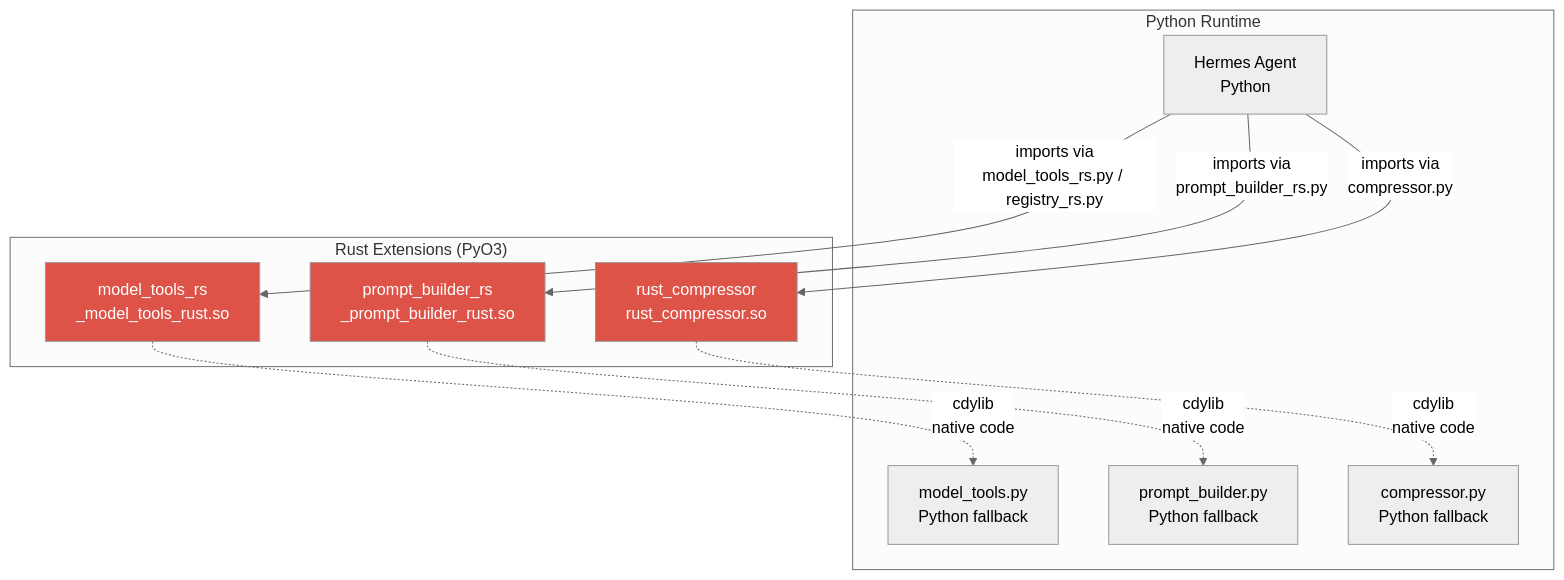
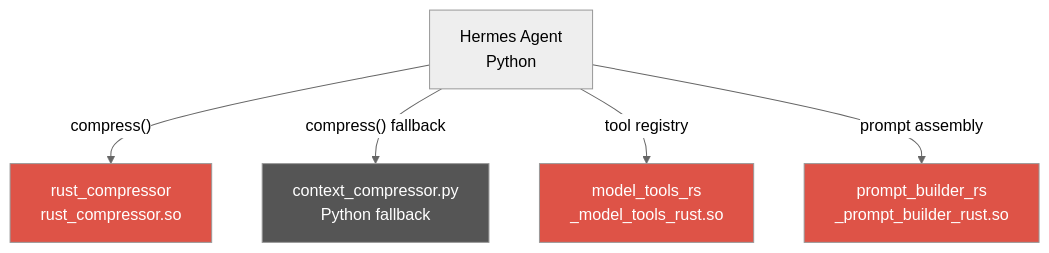
The diagram in README.md (agent-bob-the-builder/hermes-agent-ferris-fork), drawn with Mermaid (neutral theme) before and after one commit. The commit also changed other lines of this file and 4 other files, not shown here.

````diff
--- a/README.md
+++ b/README.md
@@ -39,27 +64,18 @@
 ```mermaid
 graph TD
-    subgraph "Python Runtime"
-        HA[Hermes Agent<br/>Python]
-        MT_PY[model_tools.py<br/>Python fallback]
-        PB_PY[prompt_builder.py<br/>Python fallback]
-        COMP_PY[compressor.py<br/>Python fallback]
-    end
+    HA[Hermes Agent<br/>Python]
+    COMP_PY[context_compressor.py<br/>Python fallback]
+    COMP_RS[rust_compressor<br/>rust_compressor.so]
+    MT_RS[model_tools_rs<br/>_model_tools_rust.so]
+    PB_RS[prompt_builder_rs<br/>_prompt_builder_rust.so]
 
-    subgraph "Rust Extensions (PyO3)"
-        MT_RS[model_tools_rs<br/>_model_tools_rust.so]
-        PB_RS[prompt_builder_rs<br/>_prompt_builder_rust.so]
-        COMP_RS[rust_compressor<br/>rust_compressor.so]
-    end
+    HA -->|"compress()"| COMP_RS
+    HA -->|"compress() fallback"| COMP_PY
+    HA -->|"tool registry"| MT_RS
+    HA -->|"prompt assembly"| PB_RS
 
-    HA -->|"imports via<br/>model_tools_rs.py / registry_rs.py"| MT_RS
-    HA -->|"imports via<br/>prompt_builder_rs.py"| PB_RS
-    HA -->|"imports via<br/>compressor.py"| COMP_RS
-
-    MT_RS -.->|"cdylib<br/>native code"| MT_PY
-    PB_RS -.->|"cdylib<br/>native code"| PB_PY
-    COMP_RS -.->|"cdylib<br/>native code"| COMP_PY
-
+    style COMP_RS fill:#de5347,color:#fff
     style MT_RS fill:#de5347,color:#fff
     style PB_RS fill:#de5347,color:#fff
-    style COMP_RS fill:#de5347,color:#fff
+    style COMP_PY fill:#555,color:#fff
 ```
````
